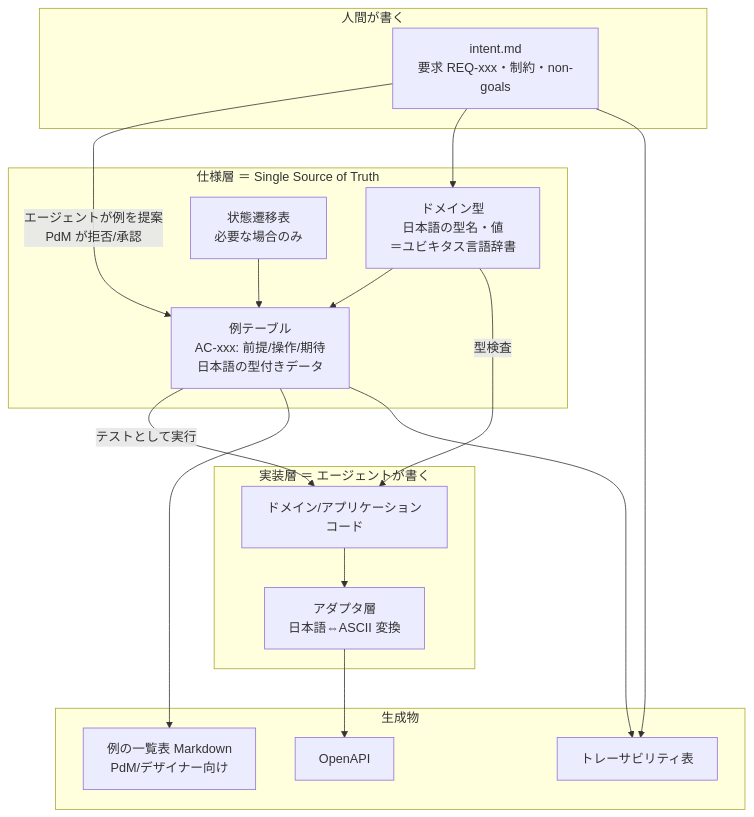
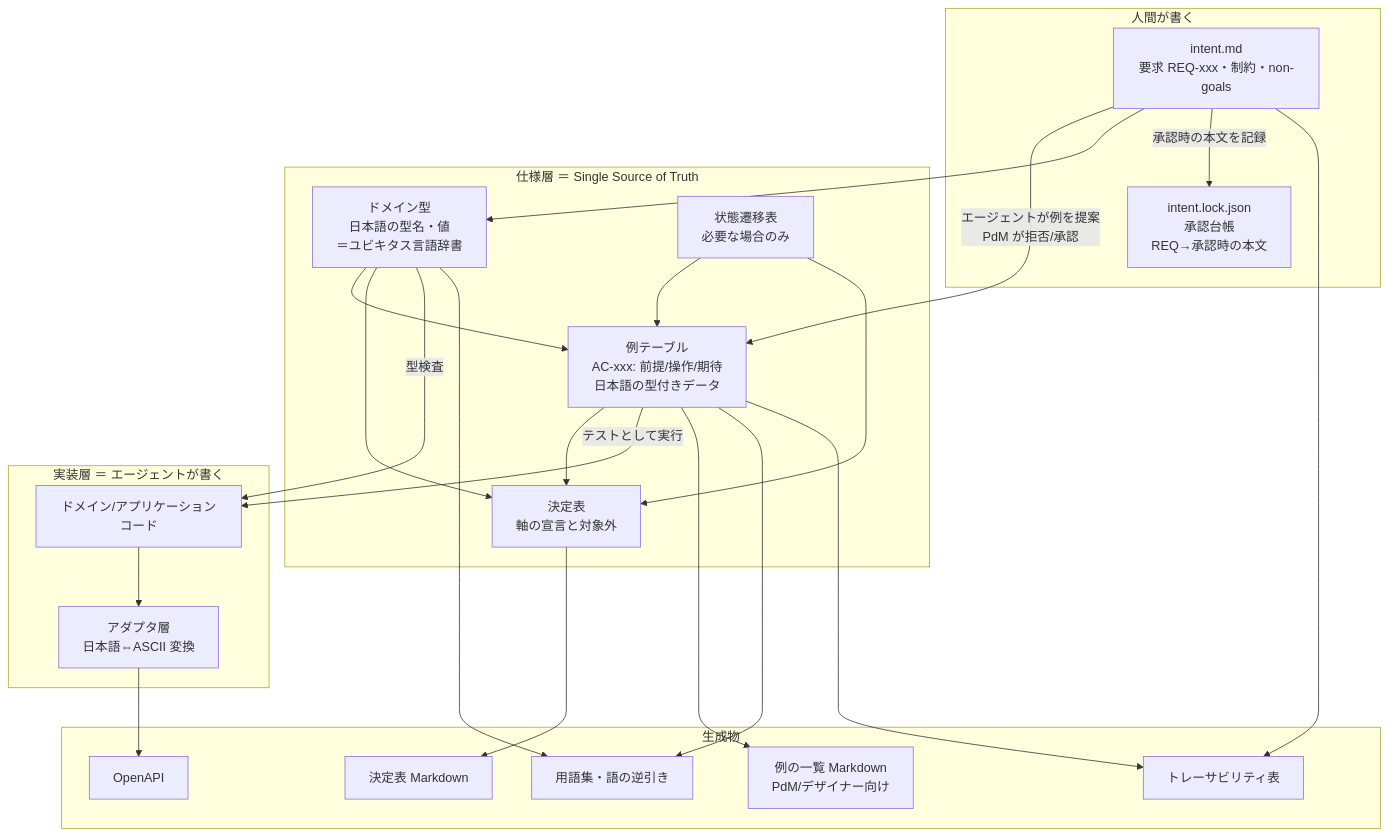
One commit to kuchita-el/claude-shared-skills changed the first of 3 diagrams in docs/development/spec-as-code/design.md. Above: the diagram before and after it, drawn with Mermaid. The commit also changed other lines of this file, not shown here.

````diff
--- a/docs/development/spec-as-code/design.md
+++ b/docs/development/spec-as-code/design.md
@@ -36,31 +36,42 @@
 ```mermaid
 flowchart TD
     subgraph human["人間が書く"]
         I[intent.md<br/>要求 REQ-xxx・制約・non-goals]
+        L[intent.lock.json<br/>承認台帳<br/>REQ→承認時の本文]
     end
     subgraph spec["仕様層 ＝ Single Source of Truth"]
         T[ドメイン型<br/>日本語の型名・値<br/>＝ユビキタス言語辞書]
         E[例テーブル<br/>AC-xxx: 前提/操作/期待<br/>日本語の型付きデータ]
         S[状態遷移表<br/>必要な場合のみ]
+        X[決定表<br/>軸の宣言と対象外]
     end
     subgraph impl["実装層 ＝ エージェントが書く"]
         C[ドメイン/アプリケーションコード]
         AD[アダプタ層<br/>日本語⇔ASCII 変換]
     end
     subgraph generated["生成物"]
-        D1[例の一覧表 Markdown<br/>PdM/デザイナー向け]
+        D1[例の一覧 Markdown<br/>PdM/デザイナー向け]
         D2[トレーサビリティ表]
         D3[OpenAPI]
+        D4[用語集・語の逆引き]
+        D5[決定表 Markdown]
     end
     I -->|エージェントが例を提案<br/>PdM が拒否/承認| E
     I --> T
+    I -->|承認時の本文を記録| L
     T --> E
     S --> E
+    T --> X
+    S --> X
+    E --> X
     E -->|テストとして実行| C
     T -->|型検査| C
     C --> AD
     E --> D1
+    X --> D5
+    T --> D4
+    E --> D4
     E --> D2
     I --> D2
     AD --> D3
 ```
````
